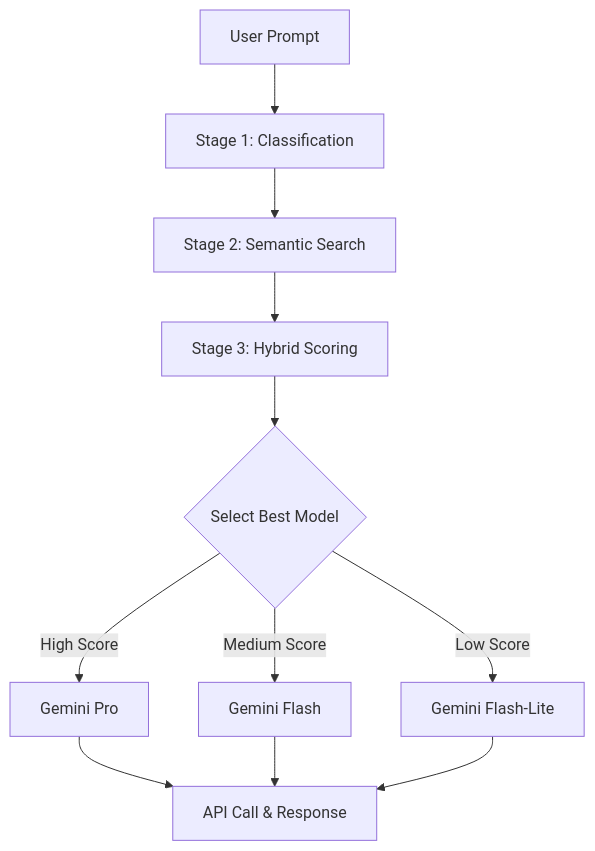
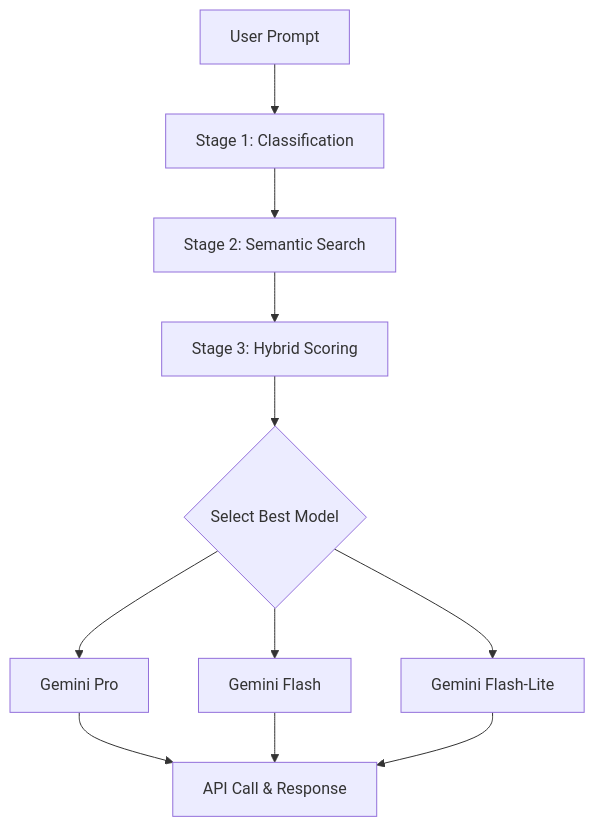
The diagram in README.md (Devg1804/LLM-Dynamic-Routing), drawn with Mermaid before and after one commit. The commit also changed other lines of this file, not shown here.

````diff
--- a/README.md
+++ b/README.md
@@ -152,13 +138,13 @@
 ```mermaid
 graph TD
     A[User Prompt] --> B[Stage 1: Classification]
     B --> C[Stage 2: Semantic Search]
     C --> D[Stage 3: Hybrid Scoring]
     D --> E{Select Best Model}
-    E -->|High Score| F[Gemini Pro]
-    E -->|Medium Score| G[Gemini Flash]
-    E -->|Low Score| H[Gemini Flash-Lite]
+    E --> F[Gemini Pro]
+    E --> G[Gemini Flash]
+    E --> H[Gemini Flash-Lite]
     F --> I[API Call & Response]
     G --> I
     H --> I
 ```
````
